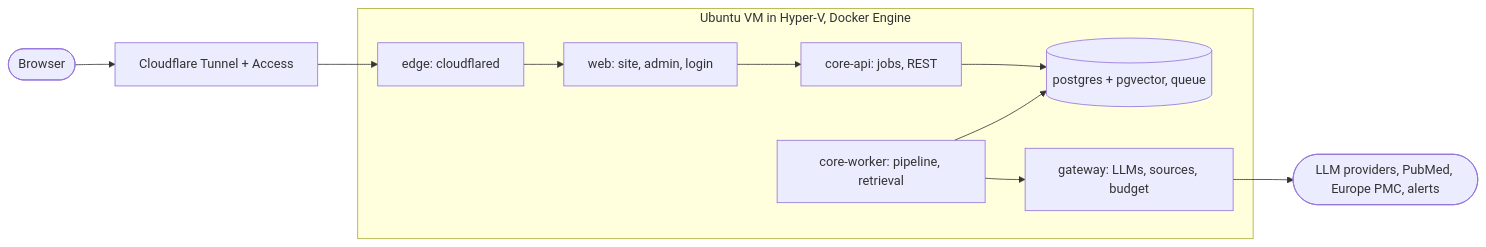
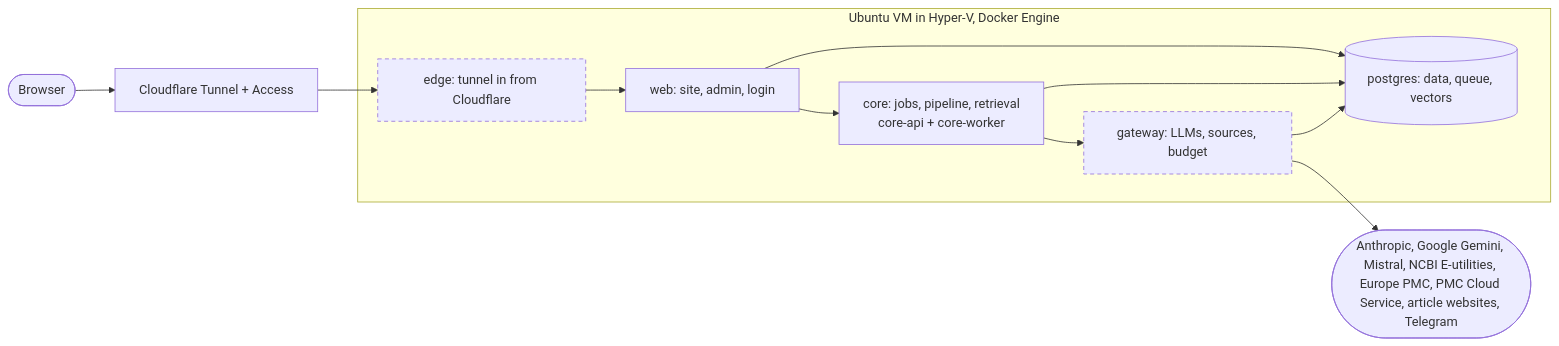
One commit to cg-rt/suppclaimcheck changed the diagram in README.md. Above: the diagram before and after it, drawn with Mermaid. The commit also changed other lines of this file and 7 other files, not shown here.

First line of the commit message:
feat(tools): generate the README diagram and viewer data from the map (P0.4)

````diff
--- a/README.md
+++ b/README.md
@@ -22,13 +22,21 @@
 ```mermaid
 flowchart LR
-  user([Browser]) --> cf[Cloudflare Tunnel + Access]
-  subgraph vm [Ubuntu VM in Hyper-V, Docker Engine]
-    edge[edge: cloudflared] --> web[web: site, admin, login]
-    web --> api[core-api: jobs, REST]
-    api --> db[(postgres + pgvector, queue)]
-    worker[core-worker: pipeline, retrieval] --> db
-    worker --> gw[gateway: LLMs, sources, budget]
+  client(["Browser"]) --> entry["Cloudflare Tunnel + Access"]
+  subgraph host ["Ubuntu VM in Hyper-V, Docker Engine"]
+    m_edge["edge: tunnel in from Cloudflare"]
+    m_web["web: site, admin, login"]
+    m_core["core: jobs, pipeline, retrieval<br/>core-api + core-worker"]
+    m_gateway["gateway: LLMs, sources, budget"]
+    m_postgres[("postgres: data, queue, vectors")]
   end
-  cf --> edge
-  gw --> ext([LLM providers, PubMed, Europe PMC, alerts])
+  entry --> m_edge
+  m_edge --> m_web
+  m_web --> m_core
+  m_web --> m_postgres
+  m_core --> m_postgres
+  m_core --> m_gateway
+  m_gateway --> m_postgres
+  m_gateway --> x_gateway(["Anthropic, Google Gemini, Mistral, NCBI E-utilities, Europe PMC, PMC Cloud Service, article websites, Telegram"])
+  classDef egress stroke-dasharray: 5 4
+  class m_edge,m_gateway egress
 ```
````
